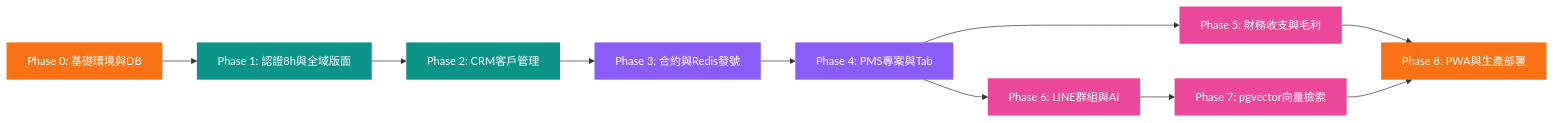
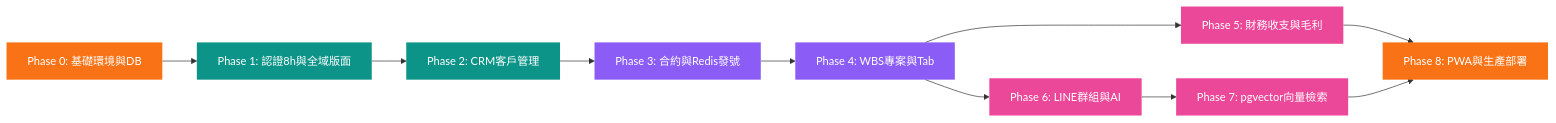
One commit to kawawei/liheng-system changed the diagram in 需求/開發規劃.md. Above: the diagram before and after it, drawn with Mermaid. The commit also changed other lines of this file and 13 other files, not shown here.

````diff
--- a/需求/開發規劃.md
+++ b/需求/開發規劃.md
@@ -17,17 +17,17 @@
 ```mermaid
 graph LR
     classDef level1 fill:#f97316,stroke:none,color:white;
     classDef level2 fill:#0d9488,stroke:none,color:white;
     classDef level3 fill:#8b5cf6,stroke:none,color:white;
     classDef level4 fill:#ec4899,stroke:none,color:white;
 
     P0[Phase 0: 基礎環境與DB]:::level1 --> P1[Phase 1: 認證8h與全域版面]:::level2
     P1 --> P2[Phase 2: CRM客戶管理]:::level2
     P2 --> P3[Phase 3: 合約與Redis發號]:::level3
-    P3 --> P4[Phase 4: PMS專案與Tab]:::level3
+    P3 --> P4[Phase 4: WBS專案與Tab]:::level3
     P4 --> P5[Phase 5: 財務收支與毛利]:::level4
     P4 --> P6[Phase 6: LINE群組與AI]:::level4
     P6 --> P7[Phase 7: pgvector向量檢索]:::level4
     P5 --> P8[Phase 8: PWA與生產部署]:::level1
     P7 --> P8
 ```
````
